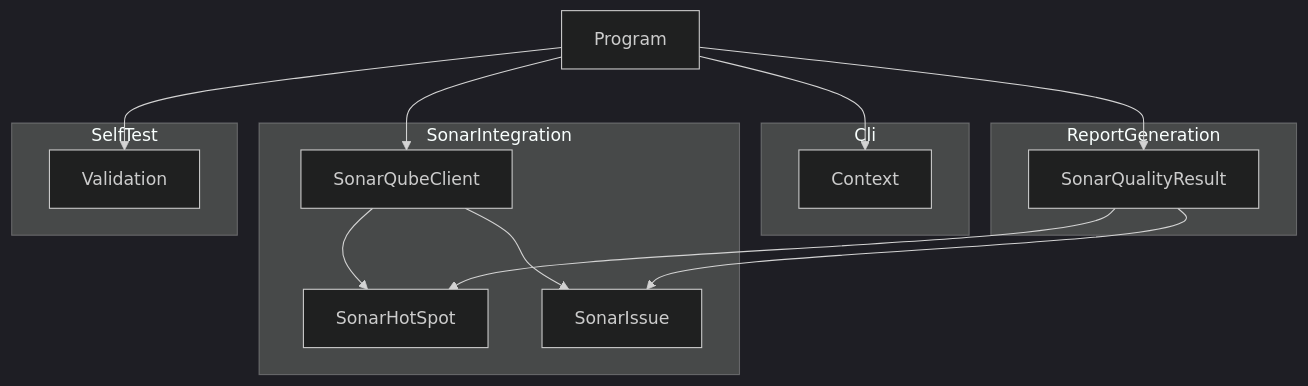
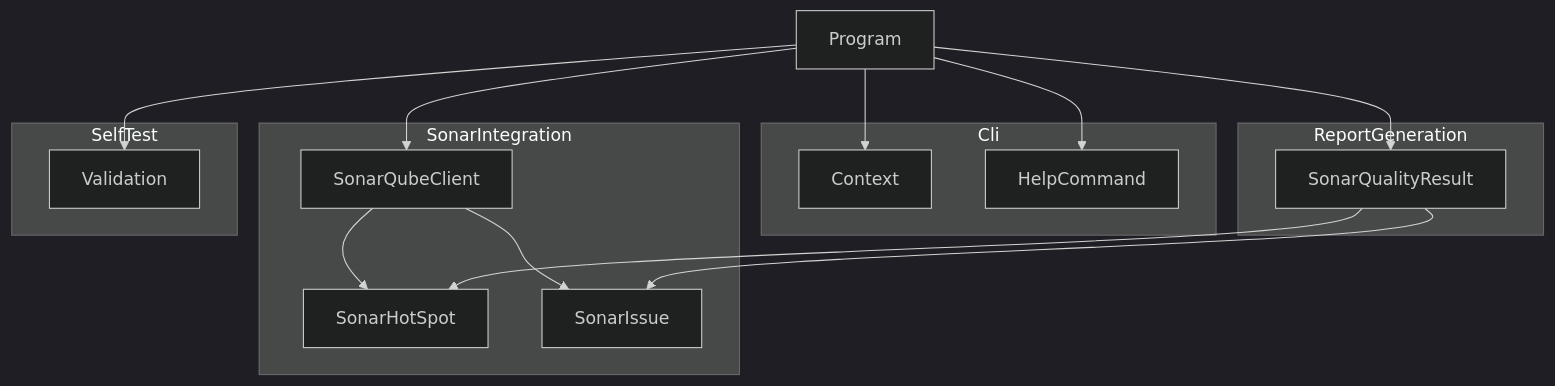
Before and after one commit to demaconsulting/SonarMark: the diagram in docs/design/sonar-mark.md, drawn with Mermaid (dark theme). The commit also changed other lines of this file and 45 other files, not shown here.

````diff
--- a/docs/design/sonar-mark.md
+++ b/docs/design/sonar-mark.md
@@ -10,25 +10,27 @@
 ```mermaid
 flowchart TD
     subgraph Cli
         Context
+        HelpCommand
     end
     subgraph SonarIntegration
         SonarQubeClient
         SonarHotSpot
         SonarIssue
     end
     subgraph ReportGeneration
         SonarQualityResult
     end
     subgraph SelfTest
         Validation
     end
+    Program --> HelpCommand
     Program --> Context
     Program --> SonarQubeClient
     Program --> SonarQualityResult
     Program --> Validation
     SonarQubeClient --> SonarHotSpot
     SonarQubeClient --> SonarIssue
     SonarQualityResult --> SonarHotSpot
     SonarQualityResult --> SonarIssue
 ```
````
